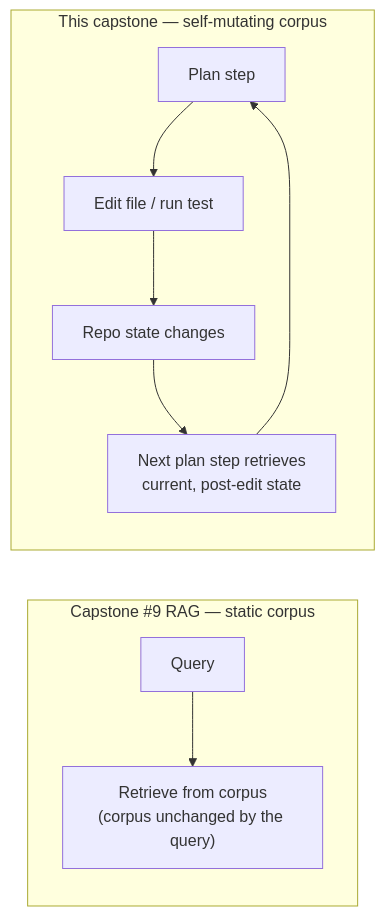
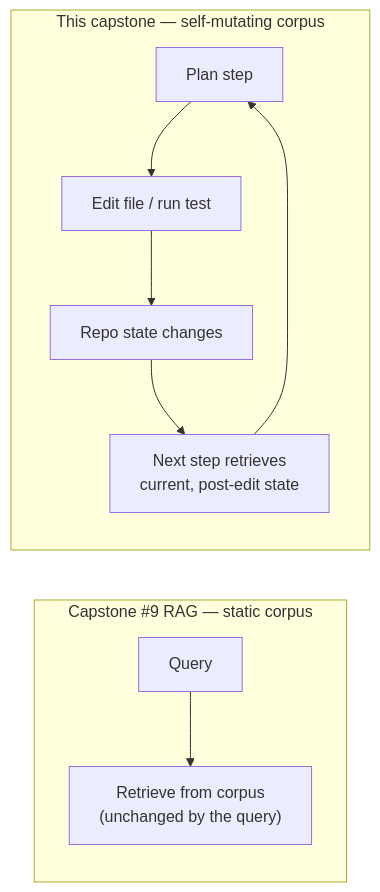
The first of 7 diagrams in case-studies/autonomous-coding-agent/README.md (romancobblepot/AI-system-design-primer), drawn with Mermaid before and after one commit. The commit also changed other lines of this file and 49 other files, not shown here.

````diff
--- a/case-studies/autonomous-coding-agent/README.md
+++ b/case-studies/autonomous-coding-agent/README.md
@@ -90,12 +133,12 @@
 ```mermaid
 flowchart LR
     subgraph RAG["Capstone #9 RAG — static corpus"]
-        Q1["Query"] --> R1["Retrieve from corpus\n(corpus unchanged by the query)"]
+        Q1["Query"] --> R1["Retrieve from corpus\n(unchanged by the query)"]
     end
     subgraph Agent["This capstone — self-mutating corpus"]
         S1["Plan step"] --> A1["Edit file / run test"]
         A1 --> S2["Repo state changes"]
-        S2 --> S3["Next plan step retrieves\ncurrent, post-edit state"]
+        S2 --> S3["Next step retrieves\ncurrent, post-edit state"]
         S3 --> S1
     end
 ```
````
